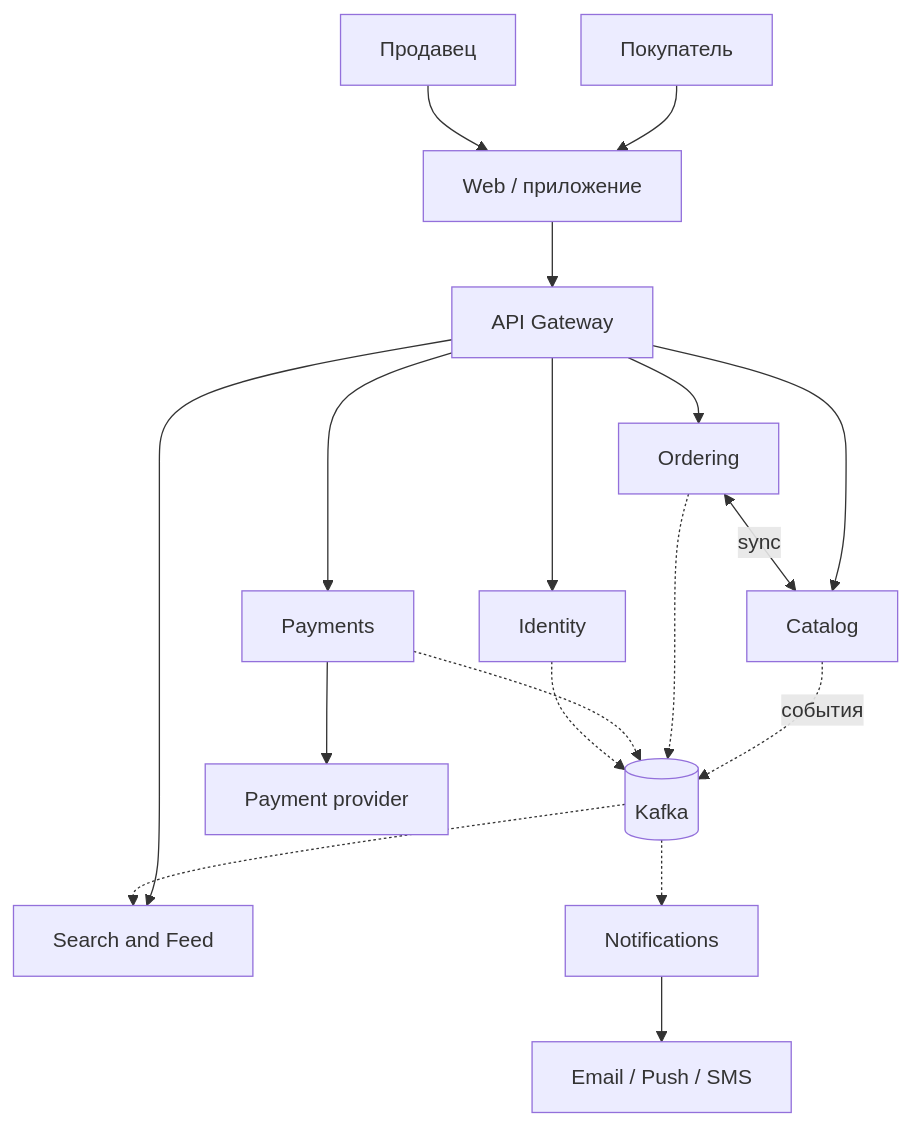
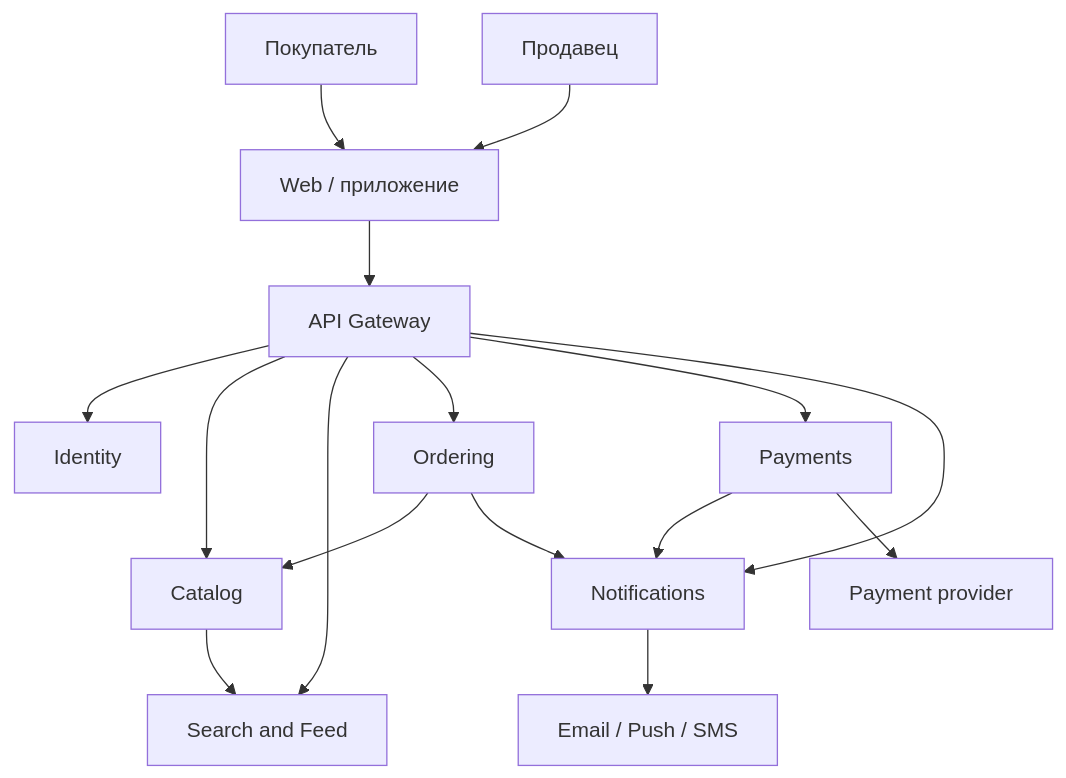
Before and after one commit to DaryaAndryeva/hw-1-Marketplace: the second of 2 diagrams in README.md, drawn with Mermaid. The commit also changed other lines of this file and 1 other file, not shown here.

````diff
--- a/README.md
+++ b/README.md
@@ -62,20 +64,18 @@
 ```mermaid
 flowchart TB
     B["Покупатель"] --> WEB["Web / приложение"]
     S["Продавец"] --> WEB
     WEB --> GW["API Gateway"]
     GW --> ID["Identity"]
     GW --> CAT["Catalog"]
     GW --> FEED["Search and Feed"]
     GW --> ORD["Ordering"]
     GW --> PAY["Payments"]
-    CAT -.->|"события"| K[("Kafka")]
-    ORD -.-> K
-    PAY -.-> K
-    ID -.-> K
-    K -.-> FEED
-    K -.-> NT["Notifications"]
-    ORD <-->|"sync"| CAT
+    GW --> NT["Notifications"]
+    ORD --> CAT
+    CAT --> FEED
+    ORD --> NT
+    PAY --> NT
     PAY --> PSP["Payment provider"]
     NT --> SND["Email / Push / SMS"]
 ```
````
